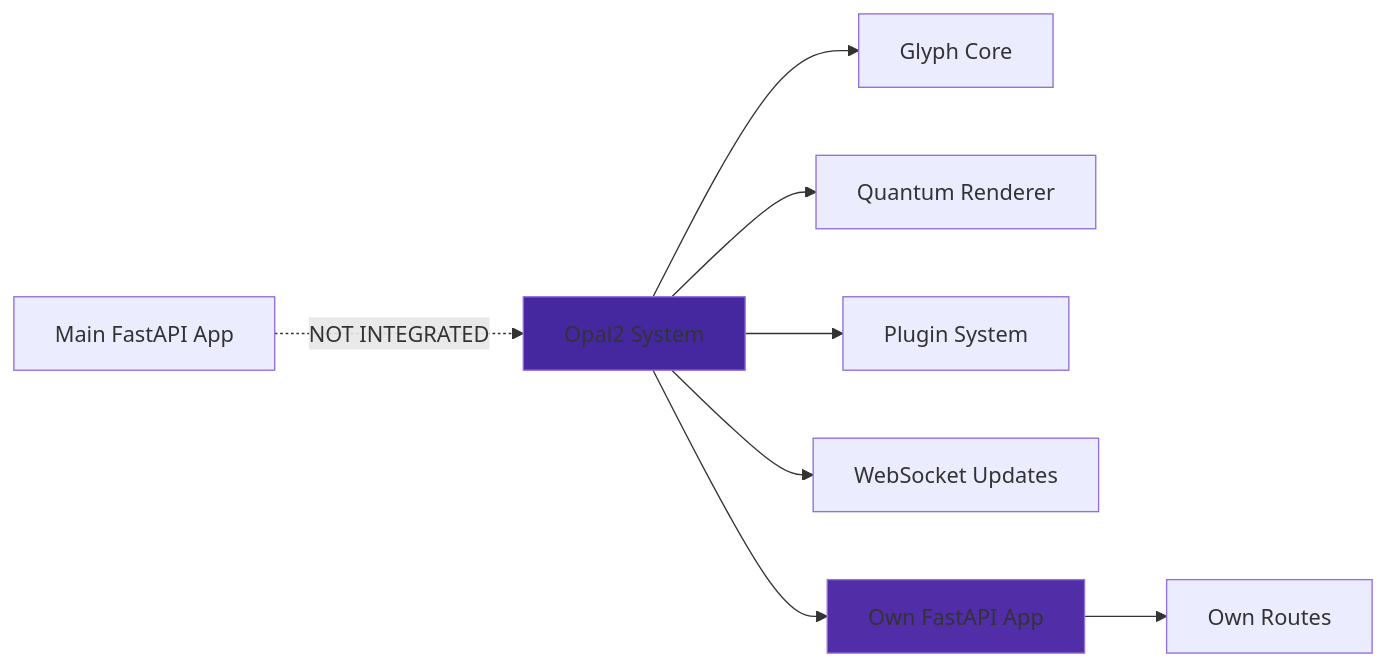
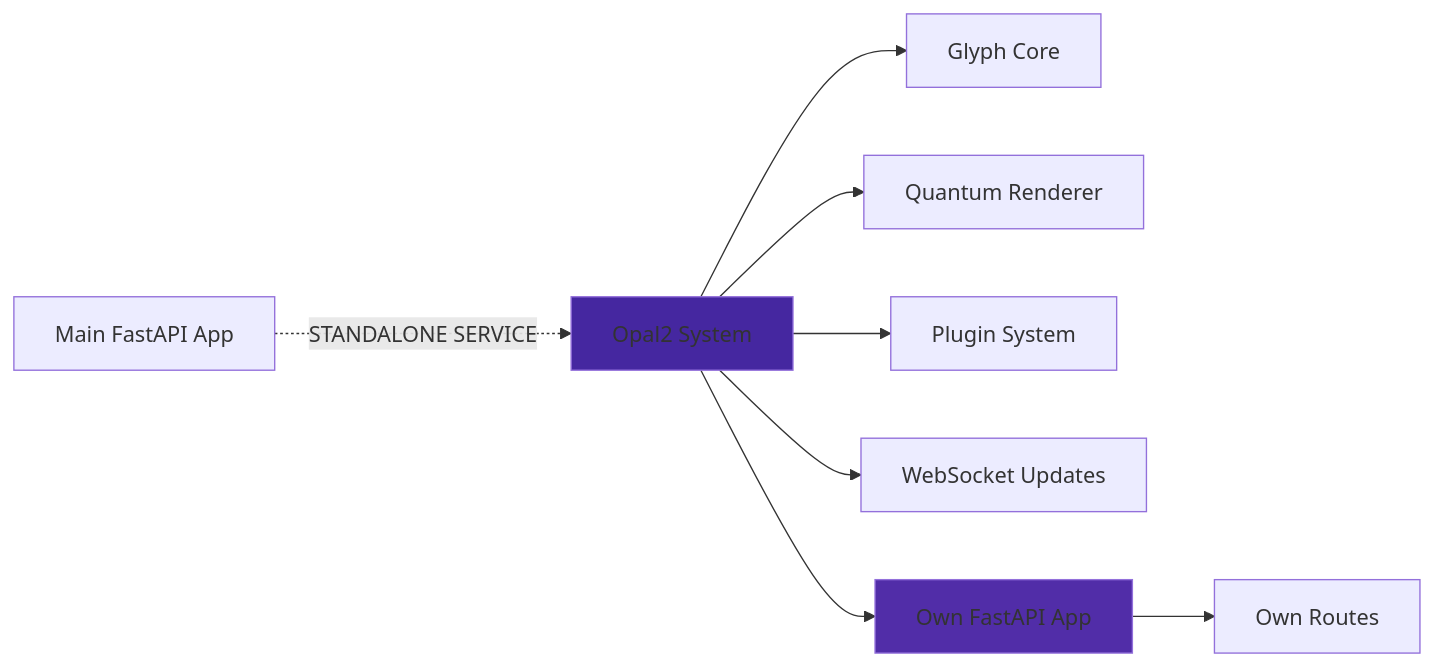
Before and after one commit to AUo959/aurora-cloudbank-symbolic: the tenth of 10 diagrams in docs/architecture/SYSTEM_ARCHITECTURE_DIAGRAM.md, drawn with Mermaid. The commit also changed other lines of this file and 1 other file, not shown here.

Commit message:
docs: record Opal2 standalone topology

````diff
--- a/docs/architecture/SYSTEM_ARCHITECTURE_DIAGRAM.md
+++ b/docs/architecture/SYSTEM_ARCHITECTURE_DIAGRAM.md
@@ -471,15 +471,15 @@
 ```mermaid
 graph LR
-    MAIN[Main FastAPI App] -.-> |NOT INTEGRATED| OPAL[Opal2 System]
+    MAIN[Main FastAPI App] -.-> |STANDALONE SERVICE| OPAL[Opal2 System]
     
     OPAL --> GLY[Glyph Core]
     OPAL --> QRN[Quantum Renderer]
     OPAL --> PLG[Plugin System]
     OPAL --> WS[WebSocket Updates]
     
     OPAL --> OWN[Own FastAPI App]
     OWN --> ROUTES[Own Routes]
     
     style OPAL fill:#4527a0
     style OWN fill:#512da8
 ```
````
